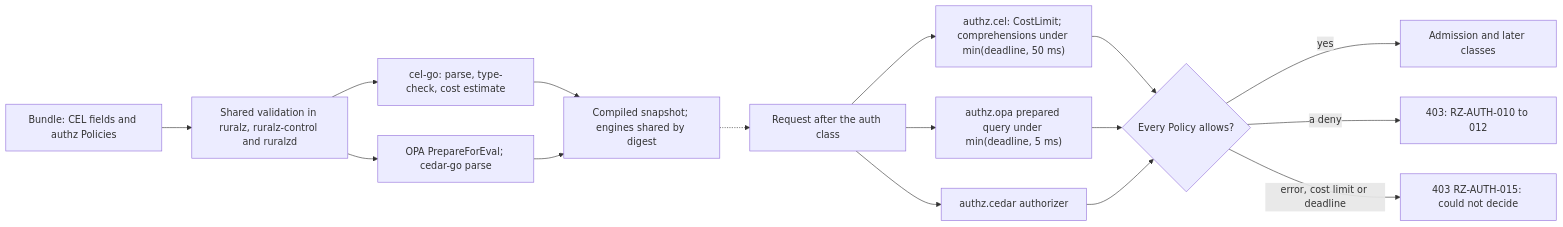
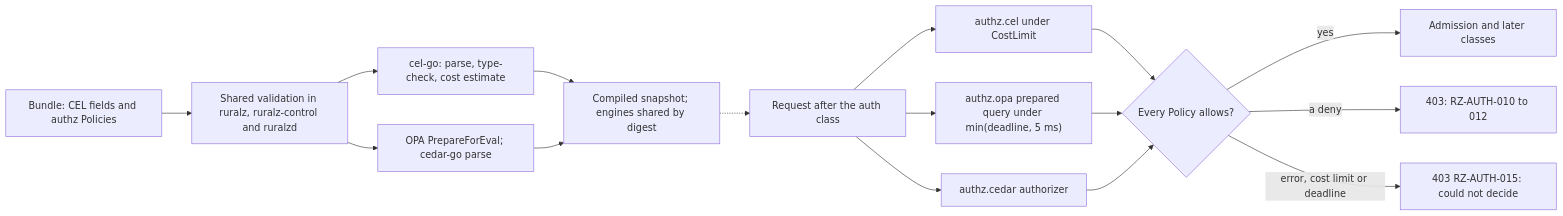
The diagram in docs/adr/0019-expressions-authorization-comprehension-stop.md (ravindu-rev/ruralz), drawn with Mermaid before and after one commit. The commit also changed other lines of this file and 106 other files, not shown here.

````diff
--- a/docs/adr/0019-expressions-authorization-comprehension-stop.md
+++ b/docs/adr/0019-expressions-authorization-comprehension-stop.md
@@ -53,26 +53,26 @@
 ```mermaid
 flowchart LR
   bundle["Bundle: CEL fields and authz Policies"]
   val["Shared validation in ruralz, ruralz-control and ruralzd"]
   celc["cel-go: parse, type-check, cost estimate"]
   prep["OPA PrepareForEval; cedar-go parse"]
   snap["Compiled snapshot; engines shared by digest"]
   req["Request after the auth class"]
-  ac["authz.cel: CostLimit; comprehensions under min(deadline, 50 ms)"]
+  ac["authz.cel under CostLimit"]
   ao["authz.opa prepared query under min(deadline, 5 ms)"]
   acd["authz.cedar authorizer"]
   dec{"Every Policy allows?"}
   allow["Admission and later classes"]
   deny["403: RZ-AUTH-010 to 012"]
   err["403 RZ-AUTH-015: could not decide"]
   bundle --> val
   val --> celc --> snap
   val --> prep --> snap
   snap -.-> req
   req --> ac --> dec
   req --> ao --> dec
   req --> acd --> dec
   dec -- "yes" --> allow
   dec -- "a deny" --> deny
   dec -- "error, cost limit or deadline" --> err
 ```
````
